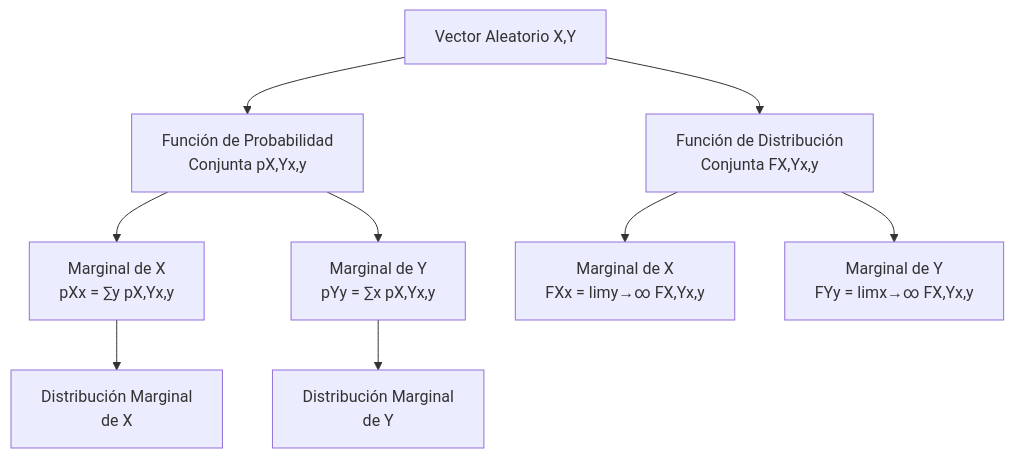
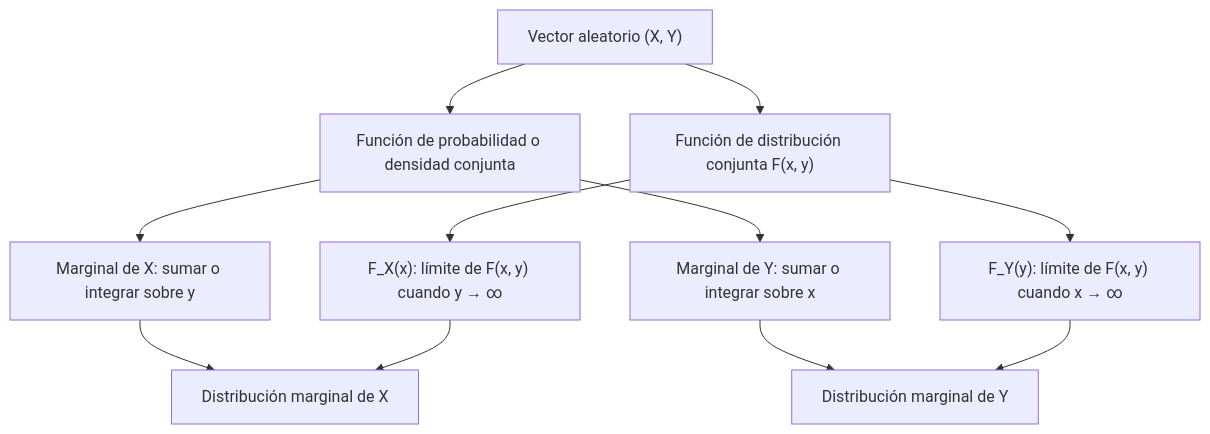
The diagram in public/documents/semester-3/4/3442.md (djaimej/computer-science-template), drawn with Mermaid before and after one commit. The commit also changed other lines of this file and 6 other files, not shown here.

````diff
--- a/public/documents/semester-3/4/3442.md
+++ b/public/documents/semester-3/4/3442.md
@@ -48,14 +88,16 @@
 ```mermaid
 flowchart TD
-    A[Vector Aleatorio X,Y] --> B[Función de Probabilidad<br>Conjunta pX,Yx,y]
-    A --> C[Función de Distribución<br>Conjunta FX,Yx,y]
+    A["Vector aleatorio (X, Y)"] --> B["Función de probabilidad o densidad conjunta"]
+    A --> C["Función de distribución conjunta F(x, y)"]
 
-    B --> D[Marginal de X<br>pXx = ∑y pX,Yx,y]
-    B --> E[Marginal de Y<br>pYy = ∑x pX,Yx,y]
+    B --> D["Marginal de X: sumar o integrar sobre y"]
+    B --> E["Marginal de Y: sumar o integrar sobre x"]
 
-    C --> F[Marginal de X<br>FXx = limy→∞ FX,Yx,y]
-    C --> G[Marginal de Y<br>FYy = limx→∞ FX,Yx,y]
+    C --> F["F_X(x): límite de F(x, y) cuando y → ∞"]
+    C --> G["F_Y(y): límite de F(x, y) cuando x → ∞"]
 
-    D --> H[Distribución Marginal<br>de X]
-    E --> I[Distribución Marginal<br>de Y]
+    D --> H[Distribución marginal de X]
+    F --> H
+    E --> I[Distribución marginal de Y]
+    G --> I
 ```
````
